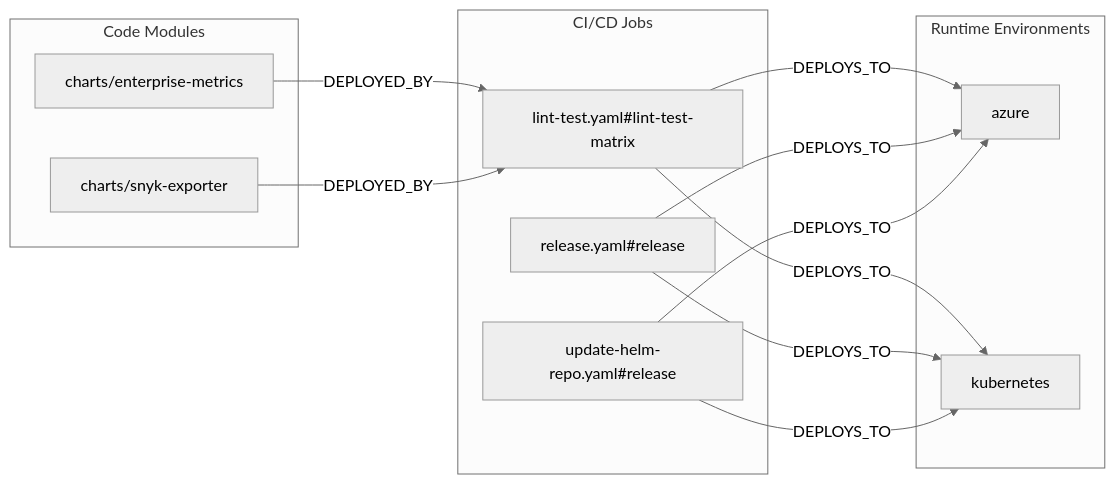
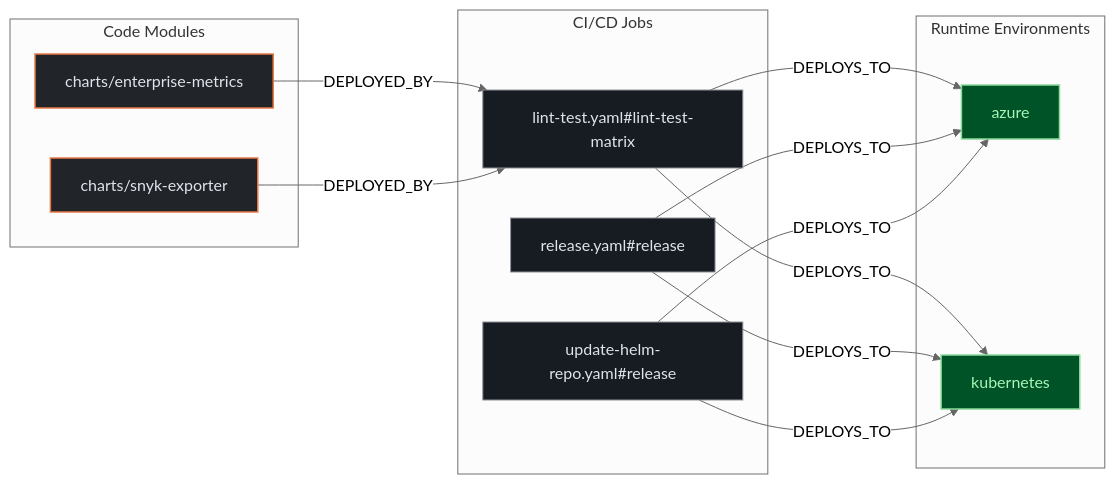
One commit to kumarshaz/atruss-code-atlas changed the second of 3 diagrams in exports/latest/reports/grafana-helm-charts-report.md. Above: the diagram before and after it, drawn with Mermaid (neutral theme). The commit also changed other lines of this file and 331 other files, not shown here.

Commit message:
docs,ui,fix: update SDLC docs, reorder CI/CD DAG first, stylize Mermaid, and fix Arc42 pipeline topology

````diff
--- a/exports/latest/reports/grafana-helm-charts-report.md
+++ b/exports/latest/reports/grafana-helm-charts-report.md
@@ -184,24 +191,28 @@
 ```mermaid
 flowchart LR
+    classDef atlasCategory fill:#212428,stroke:#E87A48,stroke-width:1.5px,color:#dfe3eb
+    classDef atlasWorkflow fill:#1b2026,stroke:#a3c9ff,stroke-width:1.5px,color:#dfe3eb
+    classDef atlasJob fill:#171c22,stroke:#8d9199,stroke-width:1px,color:#dfe3eb
+    classDef atlasTarget fill:#005227,stroke:#8bd99b,stroke-width:1.5px,color:#a7f6b6
     subgraph code_modules["Code Modules"]
-        mod_charts_enterprise_metrics["charts/enterprise-metrics"]
-        mod_charts_snyk_exporter["charts/snyk-exporter"]
+        mod_charts_enterprise_metrics["charts/enterprise-metrics"]:::atlasCategory
+        mod_charts_snyk_exporter["charts/snyk-exporter"]:::atlasCategory
     end
     subgraph ci_jobs["CI/CD Jobs"]
-        job_lint_test_yaml_lint_test_matrix["lint-test.yaml#lint-test-matrix"]
-        job_release_yaml_release["release.yaml#release"]
-        job_update_helm_repo_yaml_release["update-helm-repo.yaml#release"]
+        job_lint_test_yaml_lint_test_matrix["lint-test.yaml#lint-test-matrix"]:::atlasJob
+        job_release_yaml_release["release.yaml#release"]:::atlasJob
+        job_update_helm_repo_yaml_release["update-helm-repo.yaml#release"]:::atlasJob
     end
     subgraph runtime_envs["Runtime Environments"]
-        env_azure["azure"]
-        env_kubernetes["kubernetes"]
+        env_azure["azure"]:::atlasTarget
+        env_kubernetes["kubernetes"]:::atlasTarget
     end
     job_lint_test_yaml_lint_test_matrix -->|DEPLOYS_TO| env_azure
     job_lint_test_yaml_lint_test_matrix -->|DEPLOYS_TO| env_kubernetes
     job_release_yaml_release -->|DEPLOYS_TO| env_azure
     job_release_yaml_release -->|DEPLOYS_TO| env_kubernetes
     job_update_helm_repo_yaml_release -->|DEPLOYS_TO| env_azure
     job_update_helm_repo_yaml_release -->|DEPLOYS_TO| env_kubernetes
     mod_charts_enterprise_metrics -->|DEPLOYED_BY| job_lint_test_yaml_lint_test_matrix
     mod_charts_snyk_exporter -->|DEPLOYED_BY| job_lint_test_yaml_lint_test_matrix
 ```
````
